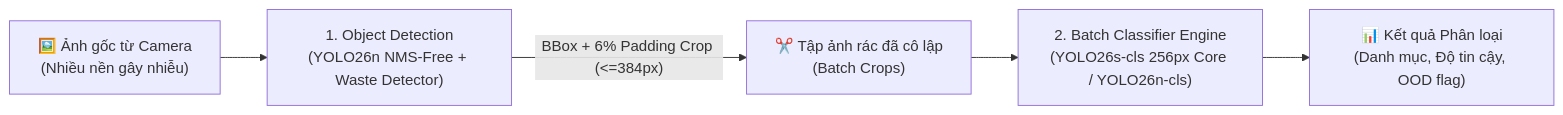
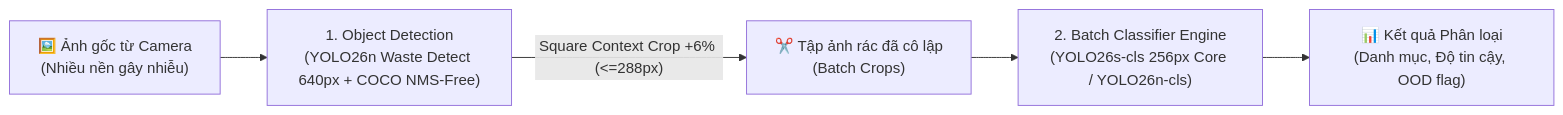
The diagram in documents/guideline/ai_service_and_benchmark_guidelines.md (VPGreenLight/intelligent-waste-sorting-trading), drawn with Mermaid before and after one commit. The commit also changed other lines of this file and 30 other files, not shown here.

````diff
--- a/documents/guideline/ai_service_and_benchmark_guidelines.md
+++ b/documents/guideline/ai_service_and_benchmark_guidelines.md
@@ -15,7 +15,7 @@
 ```mermaid
 flowchart LR
-    RawImage["🖼️ Ảnh gốc từ Camera<br>(Nhiều nền gây nhiễu)"] --> Stage1["1. Object Detection<br>(YOLO26n NMS-Free + Waste Detector)"]
-    Stage1 -->|"BBox + 6% Padding Crop (<=384px)"| CleanCrop["✂️ Tập ảnh rác đã cô lập<br>(Batch Crops)"]
+    RawImage["🖼️ Ảnh gốc từ Camera<br>(Nhiều nền gây nhiễu)"] --> Stage1["1. Object Detection<br>(YOLO26n Waste Detect 640px + COCO NMS-Free)"]
+    Stage1 -->|"Square Context Crop +6% (<=288px)"| CleanCrop["✂️ Tập ảnh rác đã cô lập<br>(Batch Crops)"]
     CleanCrop --> Stage2["2. Batch Classifier Engine<br>(YOLO26s-cls 256px Core / YOLO26n-cls)"]
     Stage2 --> Output["📊 Kết quả Phân loại<br>(Danh mục, Độ tin cậy, OOD flag)"]
 ```
````
